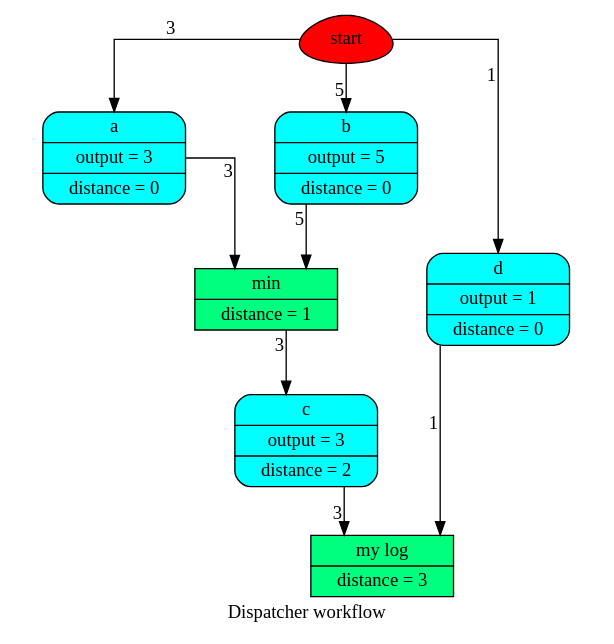
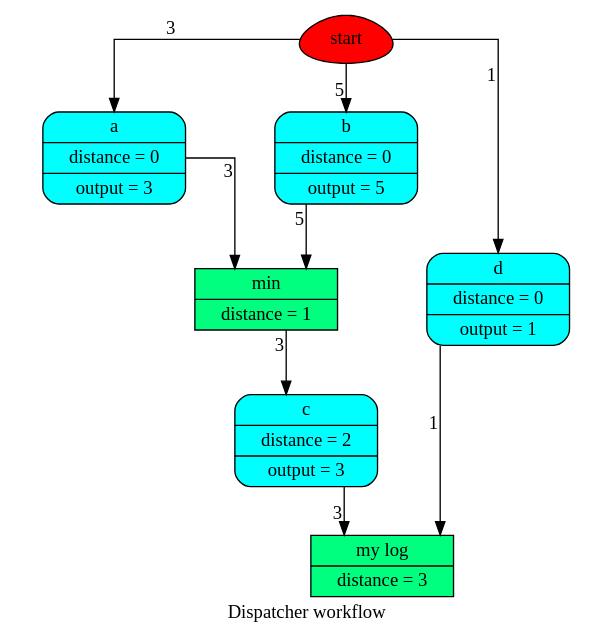
One commit to vinci1it2000/schedula changed the diagram in doc/source/dispatcher/__init__/dispatch/wf3.dot. Above: the diagram before and after it, drawn with Graphviz. The commit also changed 22 other files, not shown here.

```diff
--- a/doc/source/dispatcher/__init__/dispatch/wf3.dot
+++ b/doc/source/dispatcher/__init__/dispatch/wf3.dot
@@ -1,21 +1,21 @@
 digraph Dispatcher {
 	graph [ratio=1]
 	node [style=filled]
 	splines = ortho
 	label = "Dispatcher workflow"
-		Dispatcher_4373709112 [label=start fillcolor=red shape=egg]
-		Dispatcher_2108795078524061106 [label="{ min | distance = 1 }" fillcolor=springgreen shape=record]
-		"Dispatcher_-7122603177858460539" [label="{ c | output = 3 | distance = 2 }" fillcolor=cyan shape=Mrecord]
-		Dispatcher_4504726463497797545 [label="{ my log | distance = 3 }" fillcolor=springgreen shape=record]
-		"Dispatcher_-8678671152349271859" [label="{ a | output = 3 | distance = 0 }" fillcolor=cyan shape=Mrecord]
-		"Dispatcher_-5279003028835121650" [label="{ d | output = 1 | distance = 0 }" fillcolor=cyan shape=Mrecord]
-		Dispatcher_5198365931108737741 [label="{ b | output = 5 | distance = 0 }" fillcolor=cyan shape=Mrecord]
-			Dispatcher_2108795078524061106 -> "Dispatcher_-7122603177858460539" [xlabel=3]
-			"Dispatcher_-7122603177858460539" -> Dispatcher_4504726463497797545 [xlabel=3]
-			Dispatcher_4373709112 -> "Dispatcher_-8678671152349271859" [xlabel=3]
-			Dispatcher_4373709112 -> "Dispatcher_-5279003028835121650" [xlabel=1]
-			Dispatcher_4373709112 -> Dispatcher_5198365931108737741 [xlabel=5]
-			"Dispatcher_-8678671152349271859" -> Dispatcher_2108795078524061106 [xlabel=3]
-			"Dispatcher_-5279003028835121650" -> Dispatcher_4504726463497797545 [xlabel=1]
-			Dispatcher_5198365931108737741 -> Dispatcher_2108795078524061106 [xlabel=5]
+		Dispatcher_4372611384 [label=start fillcolor=red shape=egg]
+		"Dispatcher_-7776202301500148952" [label="{ a | distance = 0 | output = 3 }" fillcolor=cyan shape=Mrecord]
+		Dispatcher_1248373816960019038 [label="{ d | distance = 0 | output = 1 }" fillcolor=cyan shape=Mrecord]
+		Dispatcher_1161704250910580454 [label="{ c | distance = 2 | output = 3 }" fillcolor=cyan shape=Mrecord]
+		Dispatcher_3212931600518739037 [label="{ b | distance = 0 | output = 5 }" fillcolor=cyan shape=Mrecord]
+		"Dispatcher_-653487730926033586" [label="{ min | distance = 1 }" fillcolor=springgreen shape=record]
+		Dispatcher_400107148629920831 [label="{ my log | distance = 3 }" fillcolor=springgreen shape=record]
+			"Dispatcher_-7776202301500148952" -> "Dispatcher_-653487730926033586" [xlabel=3]
+			Dispatcher_1248373816960019038 -> Dispatcher_400107148629920831 [xlabel=1]
+			Dispatcher_1161704250910580454 -> Dispatcher_400107148629920831 [xlabel=3]
+			Dispatcher_4372611384 -> "Dispatcher_-7776202301500148952" [xlabel=3]
+			Dispatcher_4372611384 -> Dispatcher_3212931600518739037 [xlabel=5]
+			Dispatcher_4372611384 -> Dispatcher_1248373816960019038 [xlabel=1]
+			Dispatcher_3212931600518739037 -> "Dispatcher_-653487730926033586" [xlabel=5]
+			"Dispatcher_-653487730926033586" -> Dispatcher_1161704250910580454 [xlabel=3]
 }
```
